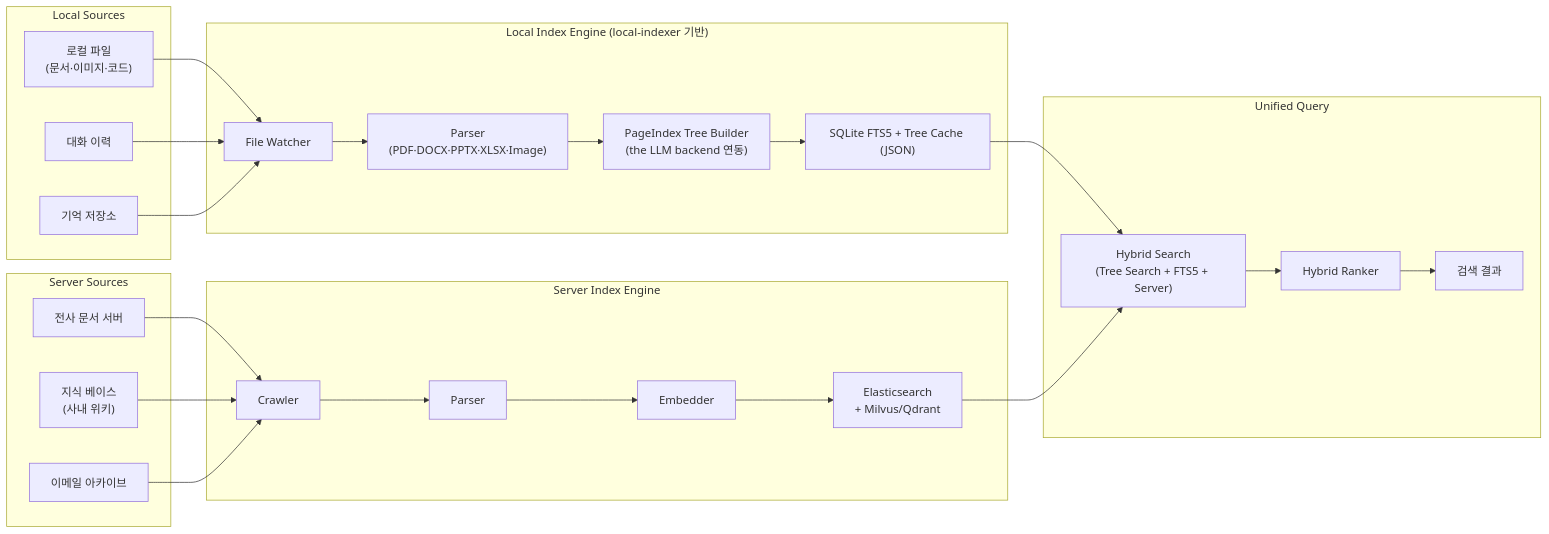
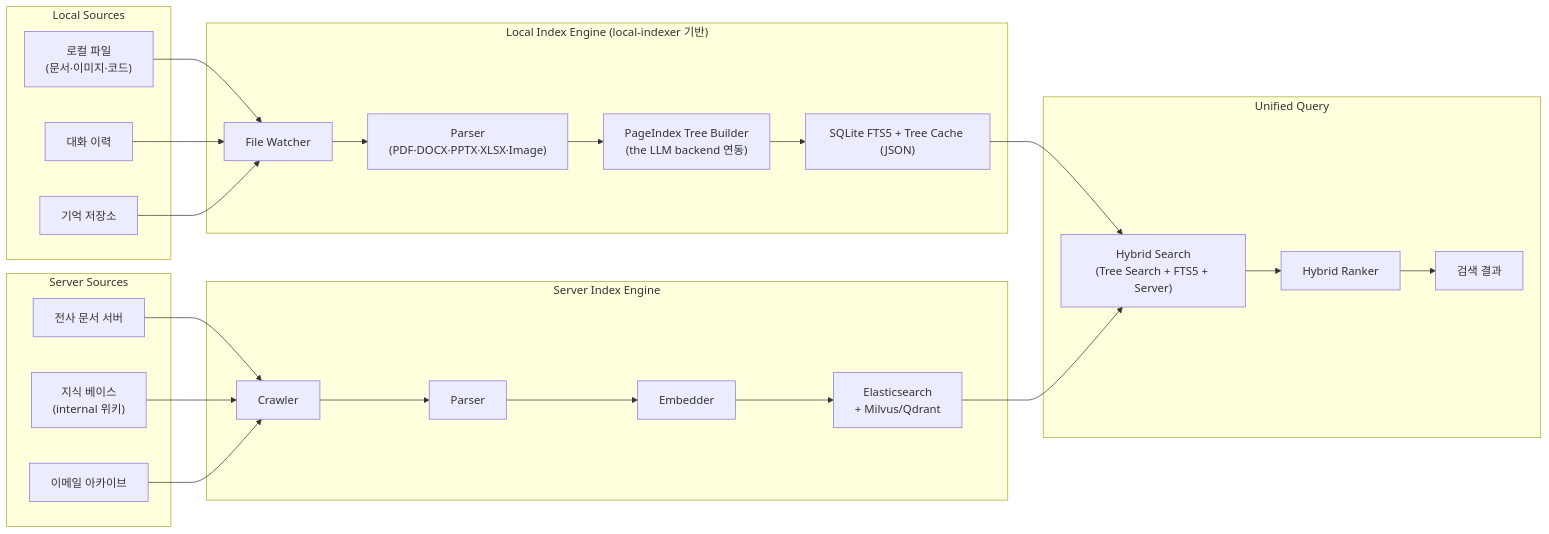
One commit to lvis-project/lvis-app changed diagram 41 of 44 in docs/architecture/architecture.md. Above: the diagram before and after it, drawn with Mermaid. The commit also changed other lines of this file and 14 other files, not shown here.

````diff
--- a/docs/architecture/architecture.md
+++ b/docs/architecture/architecture.md
@@ -3551,48 +3551,48 @@
 ```mermaid
 flowchart LR
     subgraph "Local Sources"
         L1["로컬 파일<br/>(문서·이미지·코드)"]
         L2["대화 이력"]
         L3["기억 저장소"]
     end
 
     subgraph "Server Sources"
         S1["전사 문서 서버"]
-        S2["지식 베이스<br/>(사내 위키)"]
+        S2["지식 베이스<br/>(internal 위키)"]
         S3["이메일 아카이브"]
     end
 
     subgraph "Local Index Engine (local-indexer 기반)"
         L_WATCH["File Watcher"]
         L_PARSE["Parser<br/>(PDF·DOCX·PPTX·XLSX·Image)"]
         L_TREE["PageIndex Tree Builder<br/>(the LLM backend 연동)"]
         L_STORE["SQLite FTS5 + Tree Cache (JSON)"]
     end
 
     subgraph "Server Index Engine"
         S_CRAWL["Crawler"]
         S_PARSE["Parser"]
         S_EMBED["Embedder"]
         S_STORE["Elasticsearch<br/>+ Milvus/Qdrant"]
     end
 
     subgraph "Unified Query"
         HYBRID["Hybrid Search<br/>(Tree Search + FTS5 + Server)"]
         RANKER["Hybrid Ranker"]
         RESULT["검색 결과"]
     end
 
     L1 --> L_WATCH
     L2 --> L_WATCH
     L3 --> L_WATCH
     L_WATCH --> L_PARSE --> L_TREE --> L_STORE
 
     S1 --> S_CRAWL
     S2 --> S_CRAWL
     S3 --> S_CRAWL
     S_CRAWL --> S_PARSE --> S_EMBED --> S_STORE
 
     L_STORE --> HYBRID
     S_STORE --> HYBRID
     HYBRID --> RANKER --> RESULT
 ```
````
